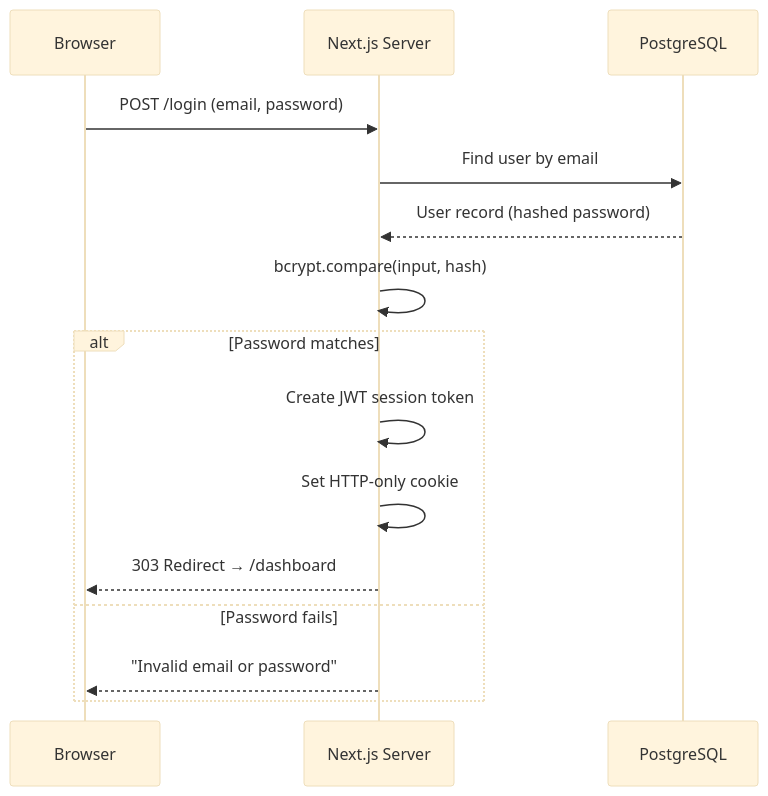
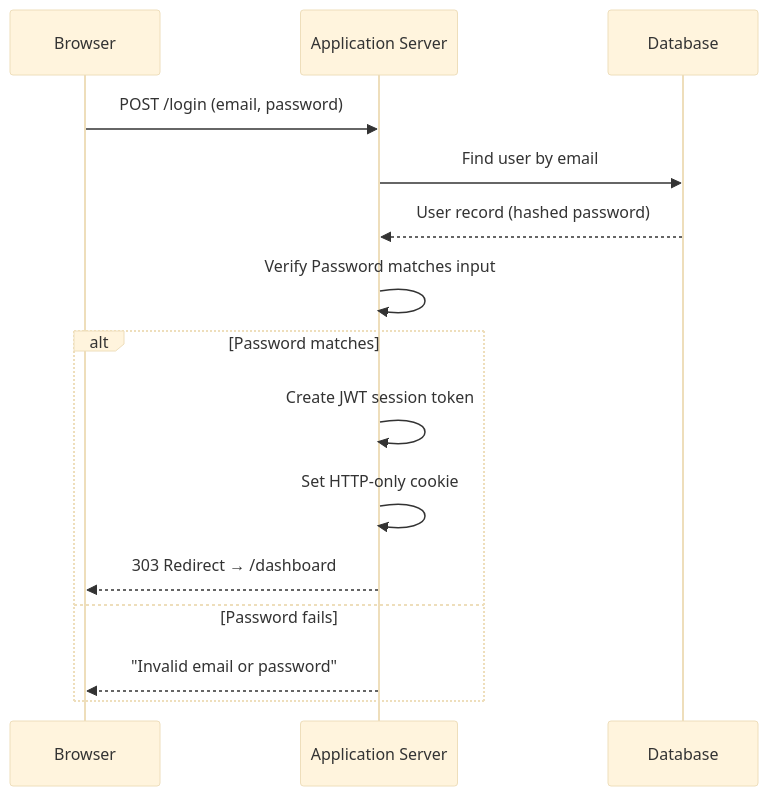
Before and after one commit to aloshy0/S4: the second of 6 diagrams in README (1).md, drawn with Mermaid (base theme). The commit also changed other lines of this file, not shown here.

````diff
--- a/README (1).md
+++ b/README (1).md
@@ -129,18 +129,18 @@
 ```mermaid
 sequenceDiagram
     participant Browser
-    participant NextJS as Next.js Server
-    participant DB as PostgreSQL
+    participant AppServer as Application Server
+    participant DB as Database
 
-    Browser->>NextJS: POST /login (email, password)
-    NextJS->>DB: Find user by email
-    DB-->>NextJS: User record (hashed password)
-    NextJS->>NextJS: bcrypt.compare(input, hash)
+    Browser->>AppServer: POST /login (email, password)
+    AppServer->>DB: Find user by email
+    DB-->>AppServer: User record (hashed password)
+    AppServer->>AppServer: Verify Password matches input
     alt Password matches
-        NextJS->>NextJS: Create JWT session token
-        NextJS->>NextJS: Set HTTP-only cookie
-        NextJS-->>Browser: 303 Redirect → /dashboard
+        AppServer->>AppServer: Create JWT session token
+        AppServer->>AppServer: Set HTTP-only cookie
+        AppServer-->>Browser: 303 Redirect → /dashboard
     else Password fails
-        NextJS-->>Browser: "Invalid email or password"
+        AppServer-->>Browser: "Invalid email or password"
     end
 ```
````
